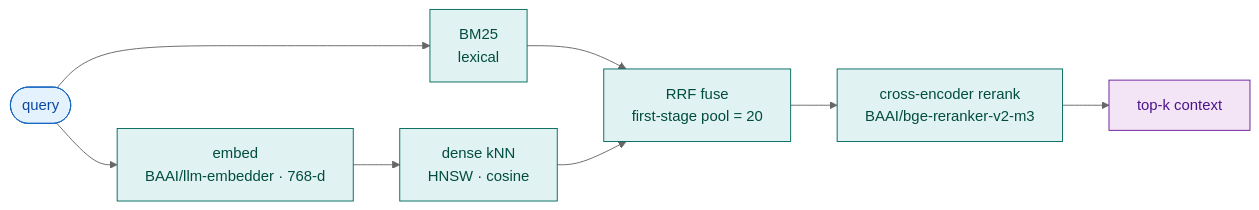
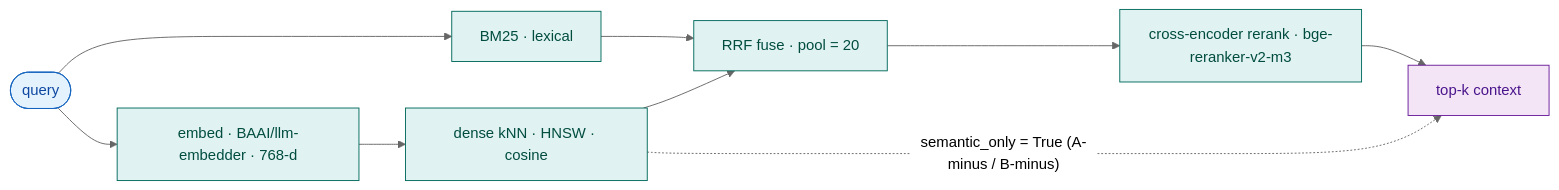
Before and after one commit to rudramansoomirtee-ctrl/rag-benchmark: the sixth of 7 diagrams in thesis/chapter3_methodology.md, drawn with Mermaid (neutral theme). The commit also changed other lines of this file, not shown here.

````diff
--- a/thesis/chapter3_methodology.md
+++ b/thesis/chapter3_methodology.md
@@ -215,13 +247,14 @@
 ```mermaid
 flowchart LR
-    q(["query"]):::data --> EMB["embed<br/>BAAI/llm-embedder · 768-d"]:::step
-    q --> BM["BM25<br/>lexical"]:::step
-    EMB --> KNN["dense kNN<br/>HNSW · cosine"]:::step
-    BM --> RRF["RRF fuse<br/>first-stage pool = 20"]:::step
+    q(["query"]):::data --> EMB["embed · BAAI/llm-embedder · 768-d"]:::step
+    q --> BM["BM25 · lexical"]:::step
+    EMB --> KNN["dense kNN · HNSW · cosine"]:::step
+    BM --> RRF["RRF fuse · pool = 20"]:::step
     KNN --> RRF
-    RRF --> RR["cross-encoder rerank<br/>BAAI/bge-reranker-v2-m3"]:::step
+    RRF --> RR["cross-encoder rerank · bge-reranker-v2-m3"]:::step
     RR --> TK["top-k context"]:::out
+    KNN -. "semantic_only = True (A-minus / B-minus)" .-> TK
     classDef data fill:#e3f2fd,stroke:#1565c0,color:#0d47a1
     classDef step fill:#e0f2f1,stroke:#00695c,color:#004d40
     classDef out fill:#f3e5f5,stroke:#6a1b9a,color:#4a148c
 ```
````
